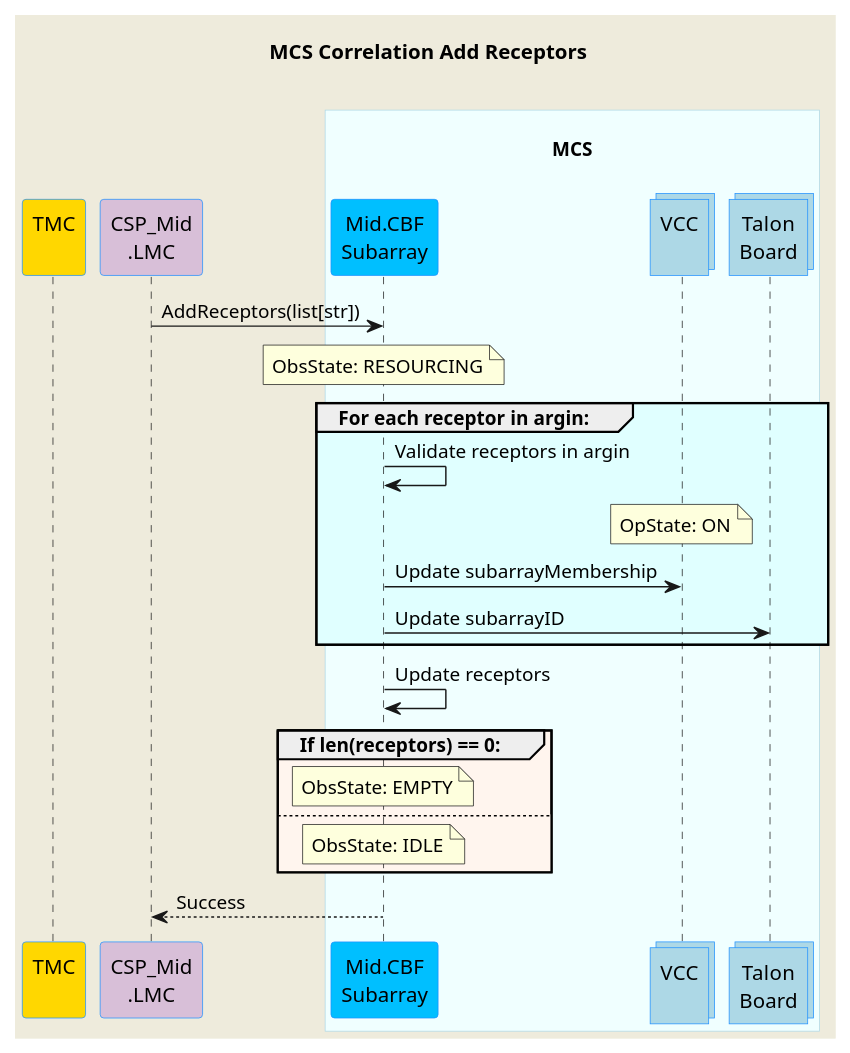
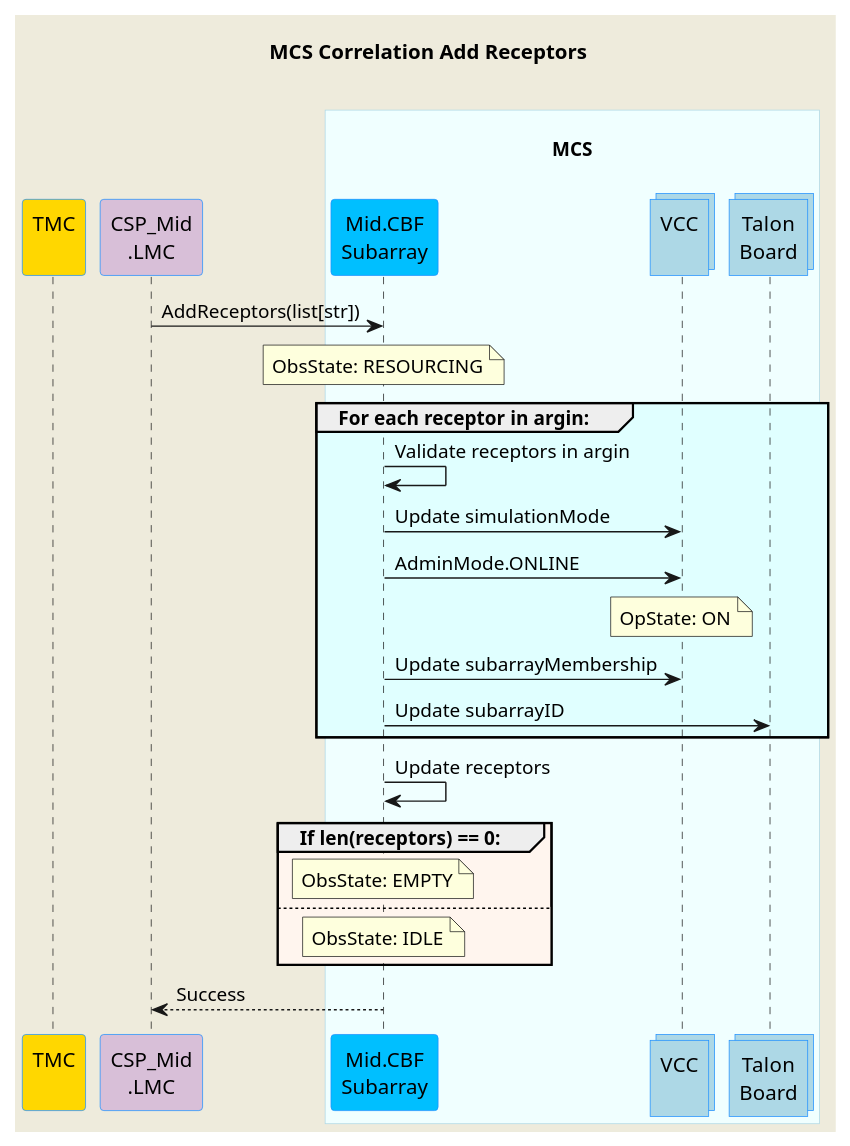
The diagram in docs/src/diagrams/add-receptors.puml (ska-telescope/mid-cbf-mcs), drawn with PlantUML before and after one commit. The commit also changed 3 other files, not shown here.

Commit message:
CIP-2424 add admin mode and sim mode writes to UML

```diff
--- a/docs/src/diagrams/add-receptors.puml
+++ b/docs/src/diagrams/add-receptors.puml
@@ -1,49 +1,51 @@
 @startuml
 'https://plantuml.com/sequence-diagram
 
 skinparam backgroundColor #EEEBDC
 skinparam sequence {
     ParticipantBorderColor DodgerBlue
     ParticipantBackgroundColor DeepSkyBlue
     ActorBorderColor DarkGreen
     ActorBackgroundColor Green
     BoxBorderColor LightBlue
     BoxBackgroundColor #F0FFFF
 }
 skinparam collections {
     BackGroundColor LightBlue
     BorderColor DodgerBlue
 }
 
 title MCS Correlation Add Receptors\n
 
 participant "TMC\n" as tmc #Gold
 participant "CSP_Mid\n.LMC" as lmc #Thistle
 box "\nMCS\n"
     participant "Mid.CBF\nSubarray" as subarray
     collections "VCC\n" as vcc
     collections "Talon\nBoard" as talon
 end box
 
 lmc         ->  subarray     : AddReceptors(list[str])
 note over subarray           : ObsState: RESOURCING
 
 group #LightCyan For each receptor in argin:
     subarray    -> subarray  : Validate receptors in argin
+    subarray    -> vcc       : Update simulationMode
+    subarray    -> vcc       : AdminMode.ONLINE
     note over vcc            : OpState: ON
     subarray    ->  vcc      : Update subarrayMembership
     subarray    ->  talon    : Update subarrayID
 end group
 
 subarray    ->  subarray     : Update receptors
 
 group #SeaShell If len(receptors) == 0:
     note over subarray       : ObsState: EMPTY
 else
     note over subarray       : ObsState: IDLE
 end group
 
 
 lmc        <--  subarray     : Success
 
 @enduml
```
